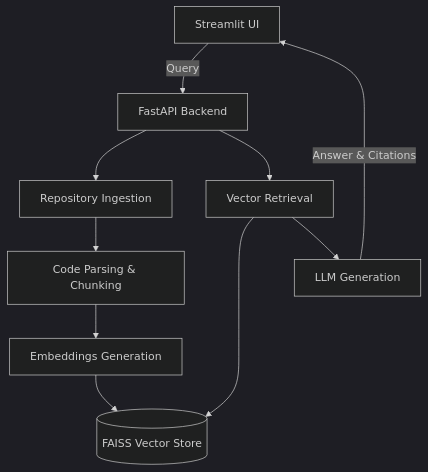
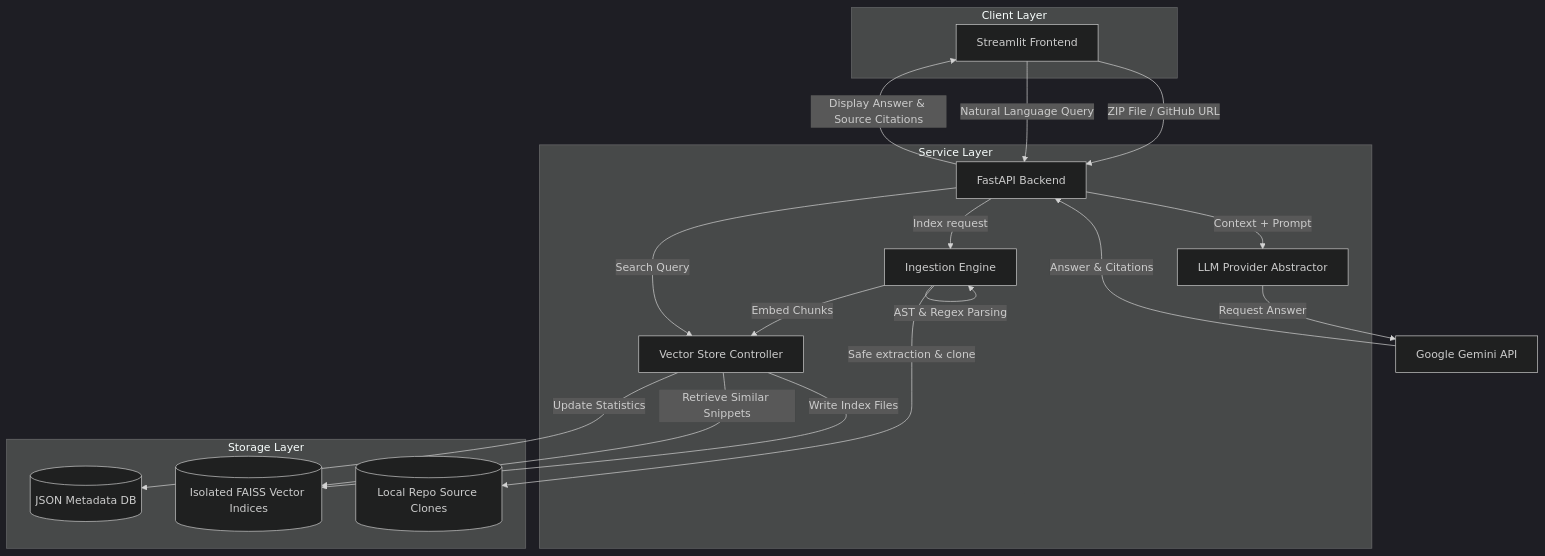
The diagram in README.md (MahimSekh-11/Codebase), drawn with Mermaid (dark theme) before and after one commit. The commit also changed other lines of this file, not shown here.

````diff
--- a/README.md
+++ b/README.md
@@ -14,12 +9,38 @@
 ```mermaid
 flowchart TD
-    A[Streamlit UI] -->|Query| B[FastAPI Backend]
-    B --> C[Repository Ingestion]
-    C --> D[Code Parsing & Chunking]
-    D --> E[Embeddings Generation]
-    E --> F[(FAISS Vector Store)]
-    B --> G[Vector Retrieval]
-    G --> F
-    G --> H[LLM Generation]
-    H -->|Answer & Citations| A
+    subgraph Client Layer
+        UI[Streamlit Frontend]
+    end
+
+    subgraph Service Layer
+        API[FastAPI Backend]
+        IL[Ingestion Engine]
+        VS[Vector Store Controller]
+        LLM[LLM Provider Abstractor]
+    end
+
+    subgraph Storage Layer
+        DB[(JSON Metadata DB)]
+        FAISS[(Isolated FAISS Vector Indices)]
+        Disk[(Local Repo Source Clones)]
+    end
+
+    UI -->|ZIP File / GitHub URL| API
+    UI -->|Natural Language Query| API
+    
+    API -->|Index request| IL
+    IL -->|Safe extraction & clone| Disk
+    IL -->|AST & Regex Parsing| IL
+    IL -->|Embed Chunks| VS
+    
+    VS -->|Write Index Files| FAISS
+    VS -->|Update Statistics| DB
+    
+    API -->|Search Query| VS
+    VS -->|Retrieve Similar Snippets| FAISS
+    
+    API -->|Context + Prompt| LLM
+    LLM -->|Request Answer| Gemini[Google Gemini API]
+    Gemini -->|Answer & Citations| API
+    API -->|Display Answer & Source Citations| UI
 ```
````
